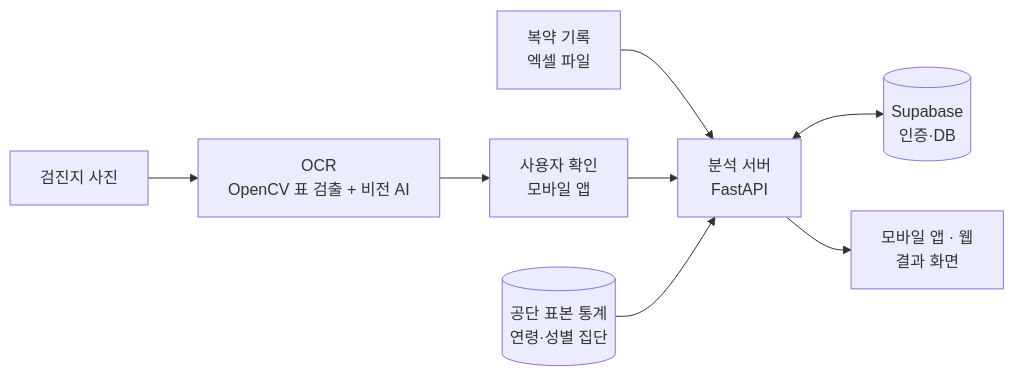
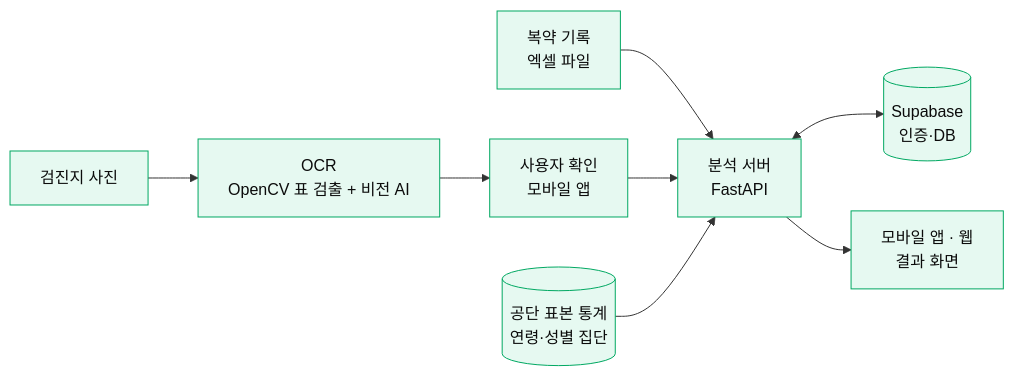
Before and after one commit to lumos0107/HealthAge: the diagram in README.md, drawn with Mermaid. The commit also changed 2 other files, not shown here.

Commit message:
README 그림 색을 앱 초록으로 통일
필요성 그림 두 장과 시스템 구성도를 앱의 초록(#00A862, 옅은 초록 #E6F9F1)으로.

````diff
--- a/README.md
+++ b/README.md
@@ -138,10 +138,11 @@
 ```mermaid
 flowchart LR
+    classDef default fill:#E6F9F1,stroke:#00A862,color:#0b0b0b
     A[검진지 사진] --> B[OCR<br>OpenCV 표 검출 + 비전 AI]
     M[복약 기록<br>엑셀 파일] --> D
     B --> C[사용자 확인<br>모바일 앱]
     C --> D[분석 서버<br>FastAPI]
     S[(공단 표본 통계<br>연령·성별 집단)] --> D
     D <--> E[(Supabase<br>인증·DB)]
     D --> F[모바일 앱 · 웹<br>결과 화면]
 ```
````
